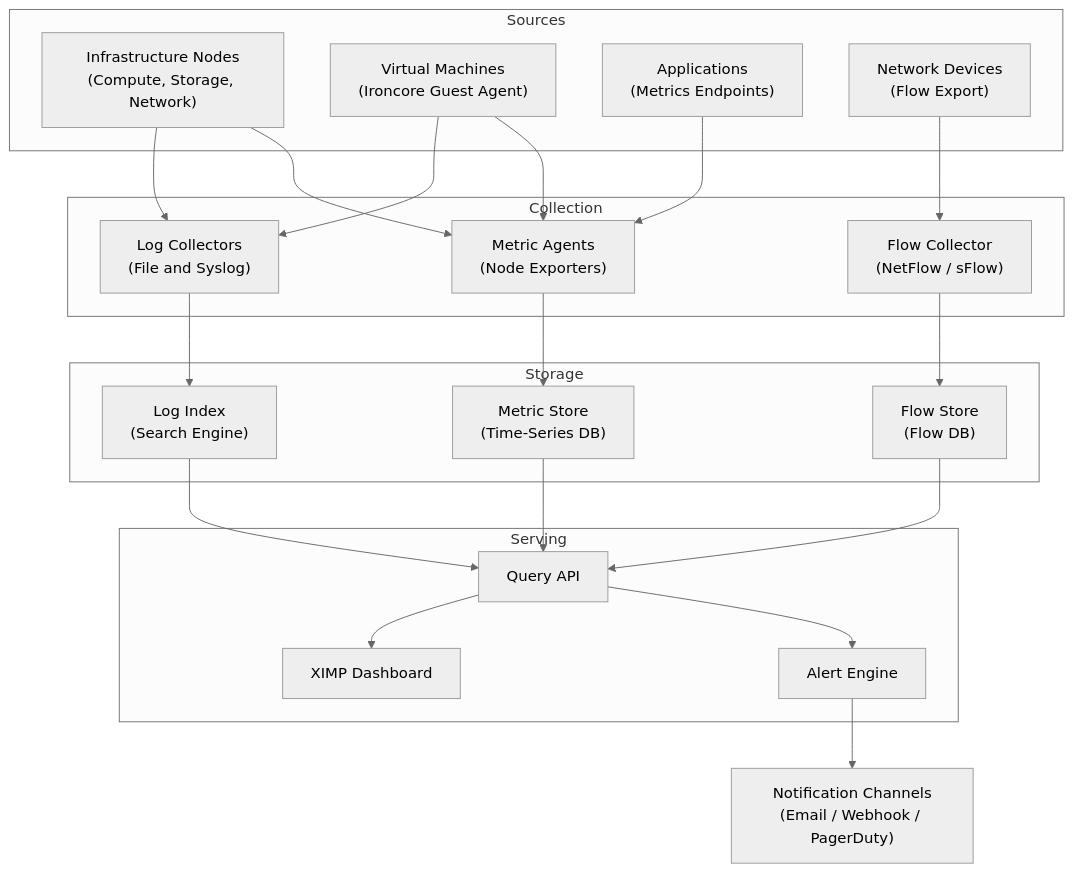
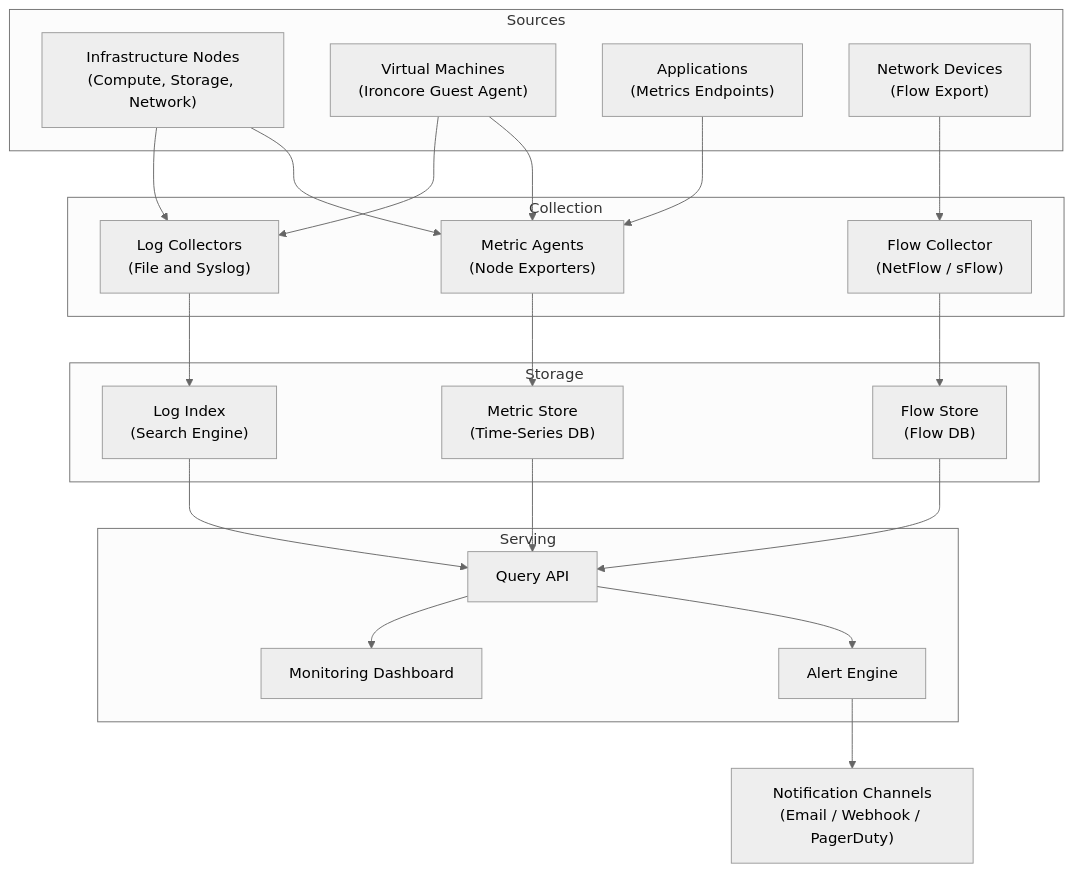
The diagram in services/monitoring/admin-guide/architecture.mdx (ankur-kumar87/docs-polystack), drawn with Mermaid (neutral theme) before and after one commit. The commit also changed other lines of this file and 92 other files, not shown here.

````diff
--- a/services/monitoring/admin-guide/architecture.mdx
+++ b/services/monitoring/admin-guide/architecture.mdx
@@ -57,38 +57,38 @@
 ```mermaid
 graph TD
     subgraph Sources
         A["Infrastructure Nodes\n(Compute, Storage, Network)"]
         B["Virtual Machines\n(Ironcore Guest Agent)"]
         C["Applications\n(Metrics Endpoints)"]
         D["Network Devices\n(Flow Export)"]
     end
 
     subgraph Collection
         E["Metric Agents\n(Node Exporters)"]
         F["Log Collectors\n(File and Syslog)"]
         G["Flow Collector\n(NetFlow / sFlow)"]
     end
 
     subgraph Storage
         H["Metric Store\n(Time-Series DB)"]
         I["Log Index\n(Search Engine)"]
         J["Flow Store\n(Flow DB)"]
     end
 
     subgraph Serving
         K["Query API"]
         L["Alert Engine"]
-        M["XIMP Dashboard"]
+        M["Monitoring Dashboard"]
     end
 
     A --> E & F
     B --> E & F
     C --> E
     D --> G
     E --> H
     F --> I
     G --> J
     H & I & J --> K
     K --> L & M
     L --> N["Notification Channels\n(Email / Webhook / PagerDuty)"]
 ```
````
